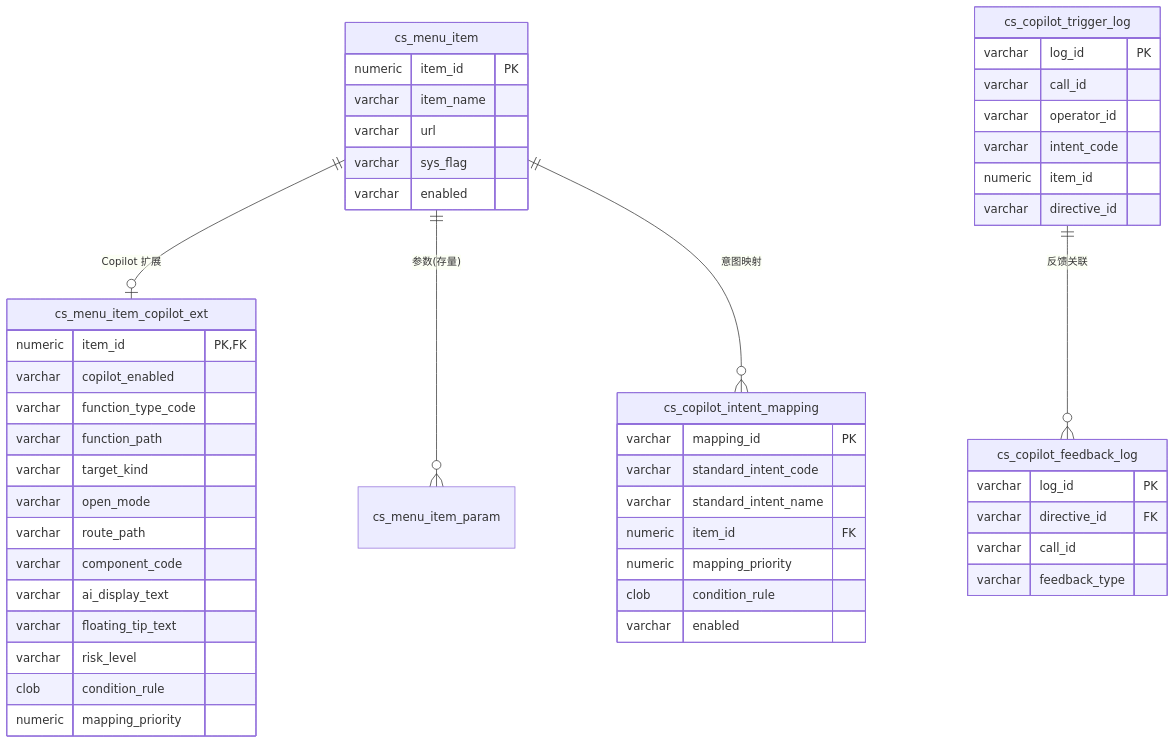
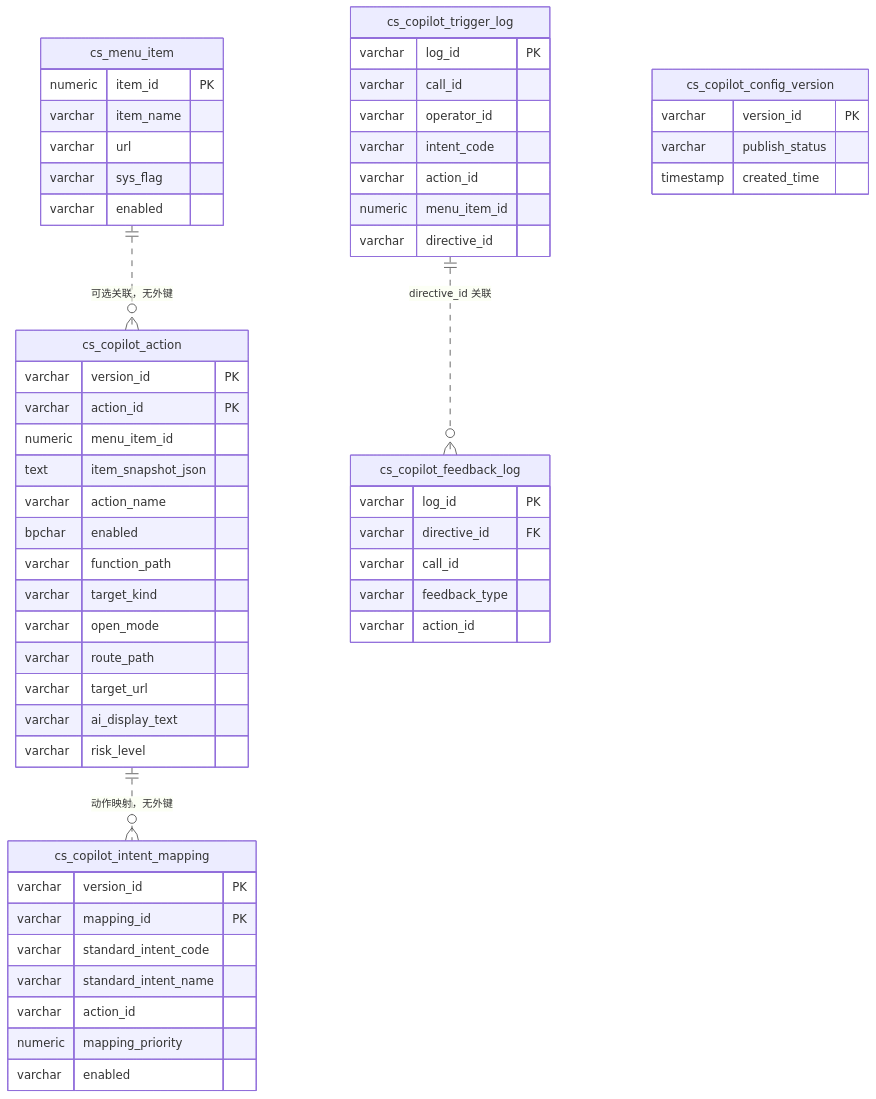
Before and after one commit to qzz617/copilot: diagram 18 of 24 in cs-copilot-service/docs/dd-v1.2.md, drawn with Mermaid. The commit also changed other lines of this file and 118 other files, not shown here.

````diff
--- a/cs-copilot-service/docs/dd-v1.2.md
+++ b/cs-copilot-service/docs/dd-v1.2.md
@@ -2566,57 +2318,64 @@
 ```mermaid
 erDiagram
-    cs_menu_item ||--o| cs_menu_item_copilot_ext : "Copilot 扩展"
-    cs_menu_item ||--o{ cs_menu_item_param : "参数(存量)"
-    cs_menu_item ||--o{ cs_copilot_intent_mapping : "意图映射"
-    cs_copilot_trigger_log ||--o{ cs_copilot_feedback_log : "反馈关联"
+    cs_menu_item ||..o{ cs_copilot_action : "可选关联，无外键"
+    cs_copilot_action ||..o{ cs_copilot_intent_mapping : "动作映射，无外键"
+    cs_copilot_trigger_log ||..o{ cs_copilot_feedback_log : "directive_id 关联"
 
     cs_menu_item {
         numeric item_id PK
         varchar item_name
         varchar url
         varchar sys_flag
         varchar enabled
     }
 
-    cs_menu_item_copilot_ext {
-        numeric item_id PK,FK
-        varchar copilot_enabled
-        varchar function_type_code
+    cs_copilot_action {
+        varchar version_id PK
+        varchar action_id PK
+        numeric menu_item_id
+        text item_snapshot_json
+        varchar action_name
+        bpchar enabled
         varchar function_path
         varchar target_kind
         varchar open_mode
         varchar route_path
-        varchar component_code
+        varchar target_url
         varchar ai_display_text
-        varchar floating_tip_text
         varchar risk_level
-        clob condition_rule
-        numeric mapping_priority
     }
 
     cs_copilot_intent_mapping {
+        varchar version_id PK
         varchar mapping_id PK
         varchar standard_intent_code
         varchar standard_intent_name
-        numeric item_id FK
+        varchar action_id
         numeric mapping_priority
-        clob condition_rule
         varchar enabled
+    }
+
+    cs_copilot_config_version {
+        varchar version_id PK
+        varchar publish_status
+        timestamp created_time
     }
 
     cs_copilot_trigger_log {
         varchar log_id PK
         varchar call_id
         varchar operator_id
         varchar intent_code
-        numeric item_id
+        varchar action_id
+        numeric menu_item_id
         varchar directive_id
     }
 
     cs_copilot_feedback_log {
         varchar log_id PK
         varchar directive_id FK
         varchar call_id
         varchar feedback_type
+        varchar action_id
     }
 ```
````
